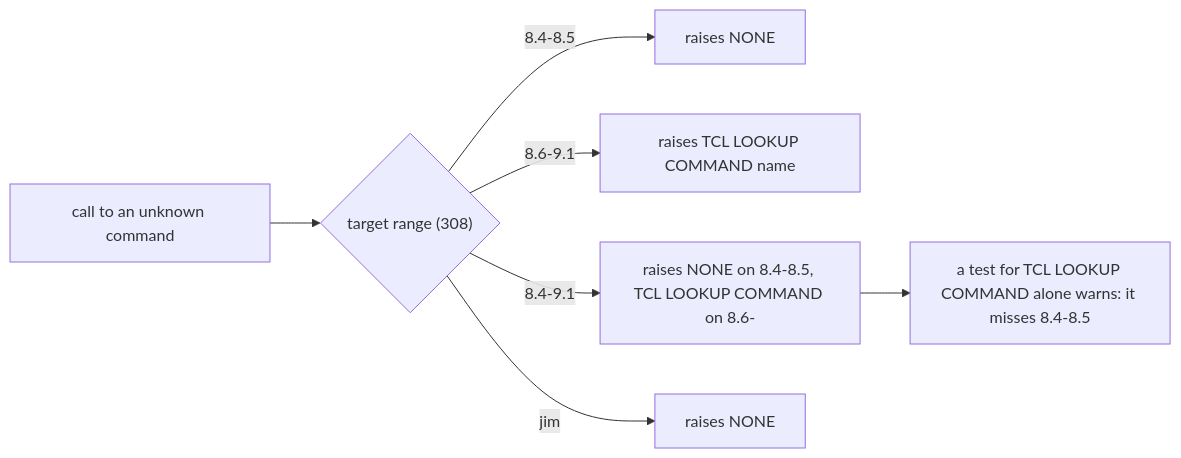
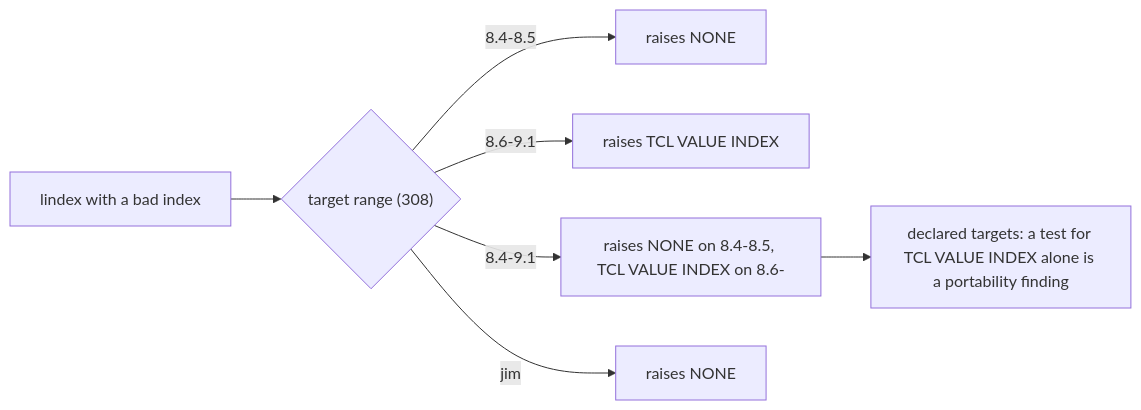
Before and after one commit to bitwisecook/tcl-lsp: the second of 4 diagrams in docs/design/registry/model/392-error-codes.md, drawn with Mermaid. The commit also changed other lines of this file and 11 other files, not shown here.

````diff
--- a/docs/design/registry/model/392-error-codes.md
+++ b/docs/design/registry/model/392-error-codes.md
@@ -121,9 +126,9 @@
 ```mermaid
 flowchart LR
-  call["call to an unknown command"] --> ctx{"target range (308)"}
+  call["lindex with a bad index"] --> ctx{"target range (308)"}
   ctx -- "8.4-8.5" --> n1["raises NONE"]
-  ctx -- "8.6-9.1" --> n2["raises TCL LOOKUP COMMAND name"]
-  ctx -- "8.4-9.1" --> both["raises NONE on 8.4-8.5, TCL LOOKUP COMMAND on 8.6-"]
+  ctx -- "8.6-9.1" --> n2["raises TCL VALUE INDEX"]
+  ctx -- "8.4-9.1" --> both["raises NONE on 8.4-8.5, TCL VALUE INDEX on 8.6-"]
   ctx -- "jim" --> n3["raises NONE"]
-  both --> warn["a test for TCL LOOKUP COMMAND alone warns: it misses 8.4-8.5"]
+  both --> port["declared targets: a test for TCL VALUE INDEX alone is a portability finding"]
 ```
````
